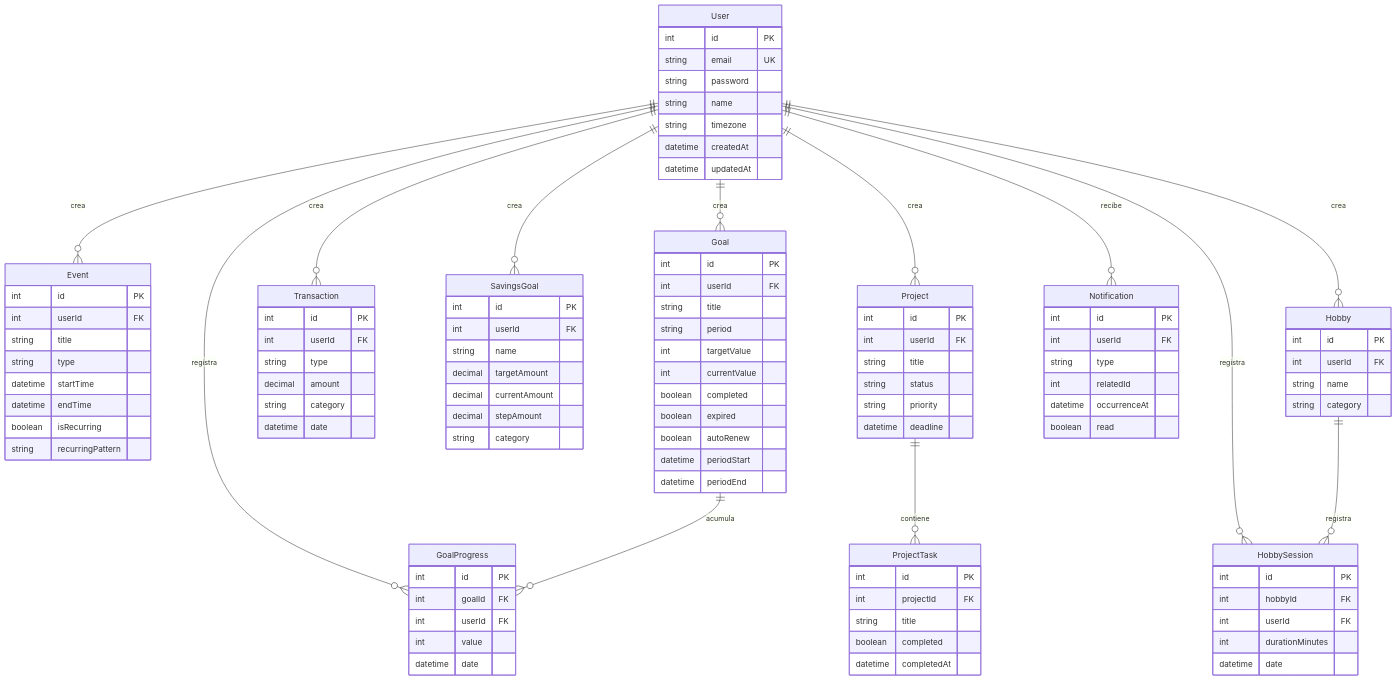
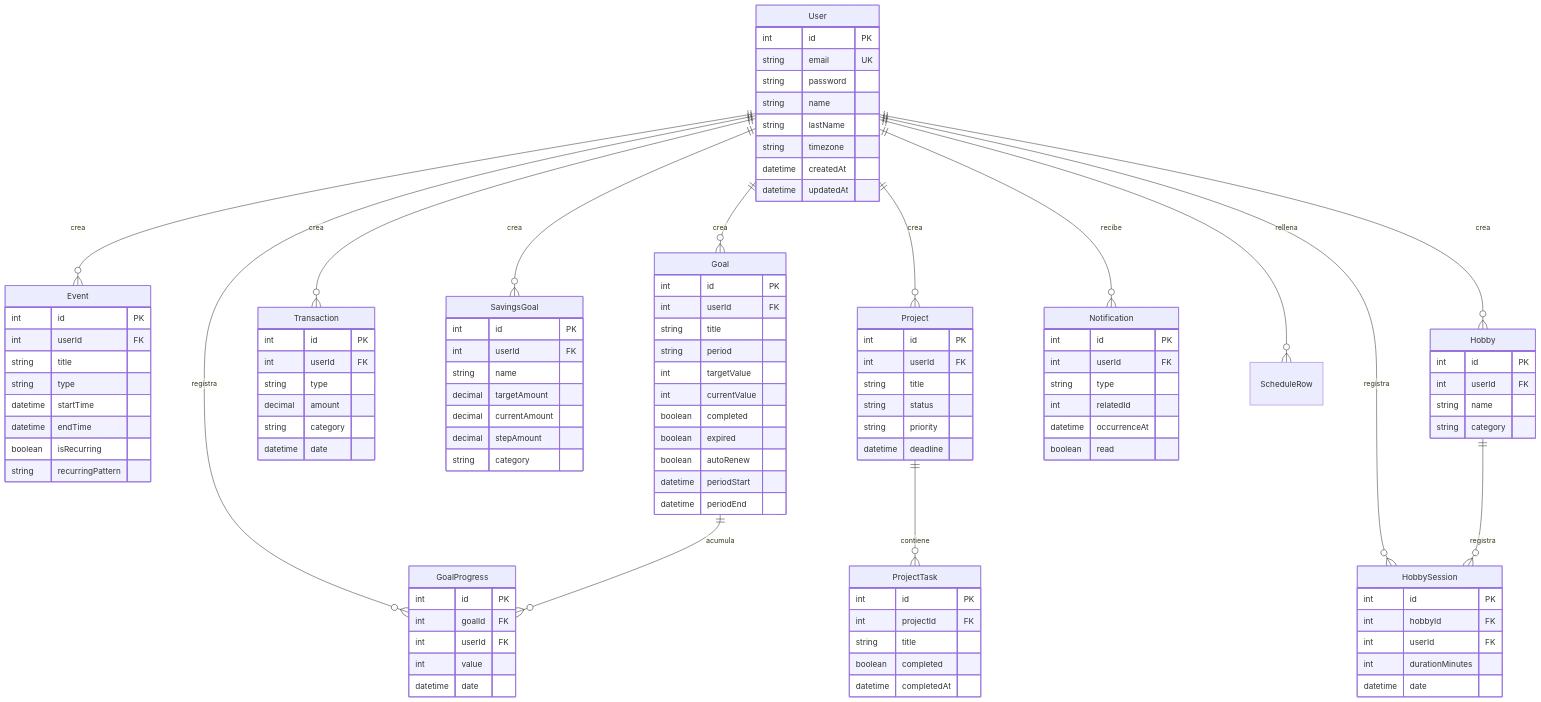
The diagram in DATABASE.md (PaulaDolado/Life-Organizer), drawn with Mermaid before and after one commit. The commit also changed 73 other files, not shown here.

```diff
--- a/DATABASE.md
+++ b/DATABASE.md
@@ -17,6 +17,7 @@
     User ||--o{ Hobby : "crea"
     User ||--o{ HobbySession : "registra"
     User ||--o{ Notification : "recibe"
+    User ||--o{ ScheduleRow : "rellena"
     Goal ||--o{ GoalProgress : "acumula"
     Project ||--o{ ProjectTask : "contiene"
     Hobby ||--o{ HobbySession : "registra"
@@ -26,6 +27,7 @@
         string email UK
         string password
         string name
+        string lastName
         string timezone
         datetime createdAt
         datetime updatedAt
```
